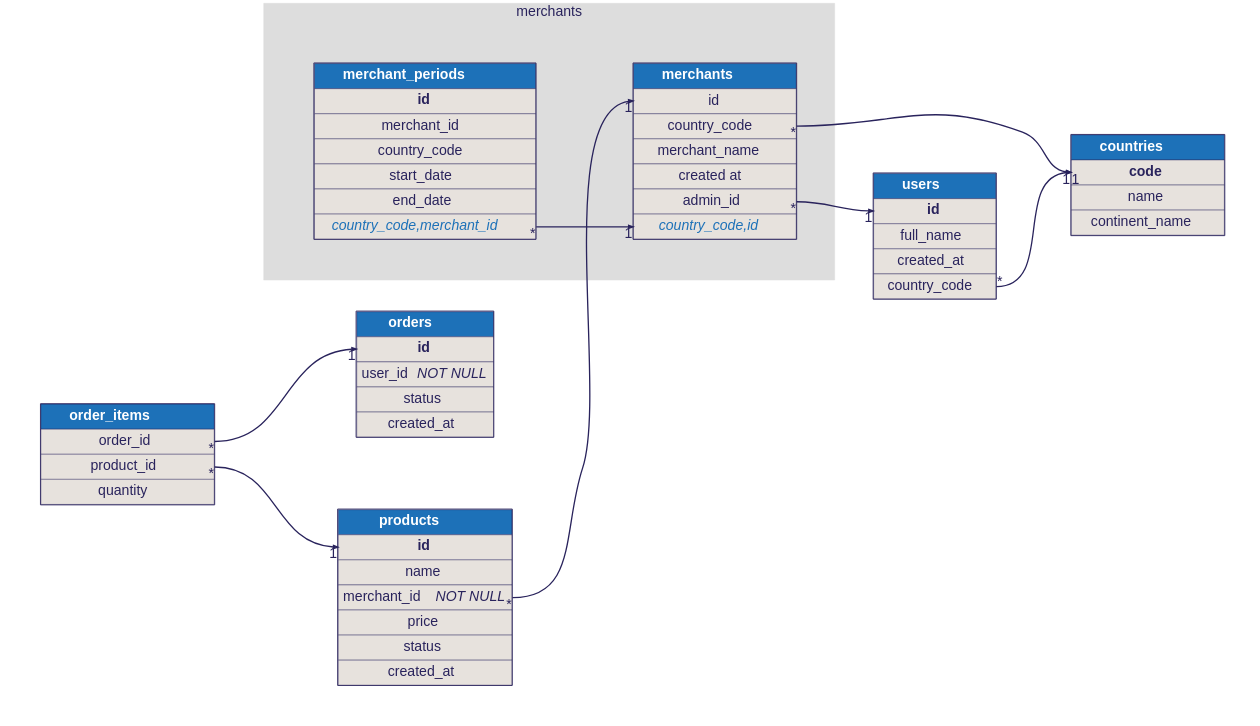
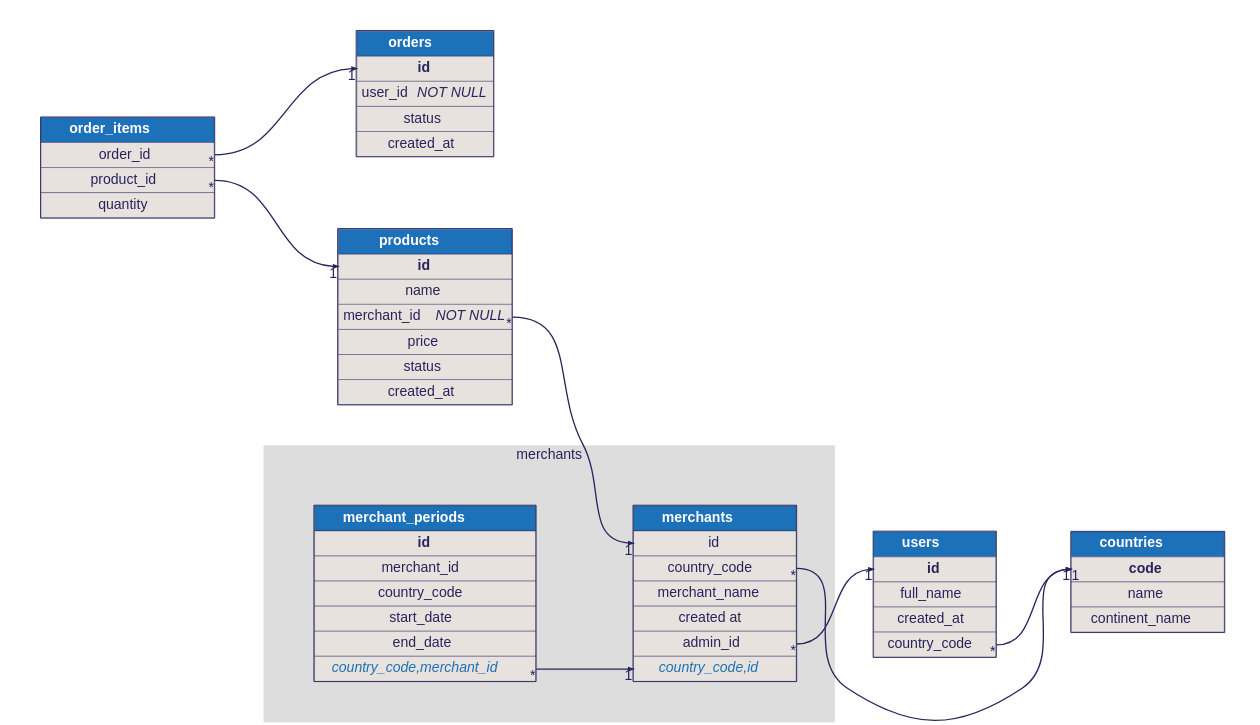
One commit to softwaretechnik-berlin/dbml-renderer changed the diagram in examples/merchants.dbml.dot. Above: the diagram before and after it, drawn with Graphviz. The commit also changed 13 other files, not shown here.

```diff
--- a/examples/merchants.dbml.dot
+++ b/examples/merchants.dbml.dot
@@ -1,89 +1,89 @@
 digraph dbml {
       rankdir=LR;
       graph [fontname="helvetica", fontsize=32, fontcolor="#29235c", bgcolor="transparent"];
       node [penwidth=0, margin=0, fontname="helvetica", fontsize=32, fontcolor="#29235c"];
       edge [fontname="helvetica", fontsize=32, fontcolor="#29235c", color="#29235c"];
 
       
       subgraph cluster_merchants {
       label = "merchants"
       style=filled;
       color="#dddddd";
 
       "merchants" [id=merchants;label=<<TABLE BORDER="2" COLOR="#29235c" CELLBORDER="1" CELLSPACING="0" CELLPADDING="10" >
       <TR><TD PORT="f0" WIDTH="150" BGCOLOR="#1d71b8"><font color="#ffffff"><B>       merchants       </B></font></TD></TR>
 <TR><TD PORT="f1" BGCOLOR="#e7e2dd">id</TD></TR>
 <TR><TD PORT="f2" BGCOLOR="#e7e2dd">country_code</TD></TR>
 <TR><TD PORT="f3" BGCOLOR="#e7e2dd">merchant_name</TD></TR>
 <TR><TD PORT="f4" BGCOLOR="#e7e2dd">created at</TD></TR>
 <TR><TD PORT="f5" BGCOLOR="#e7e2dd">admin_id</TD></TR>
 <TR><TD PORT="f6" BGCOLOR="#e7e2dd"><font color="#1d71b8"><i>country_code,id</i></font></TD></TR>
     </TABLE>>];
 "merchant_periods" [id=merchant_periods;label=<<TABLE BORDER="2" COLOR="#29235c" CELLBORDER="1" CELLSPACING="0" CELLPADDING="10" >
       <TR><TD PORT="f0" WIDTH="150" BGCOLOR="#1d71b8"><font color="#ffffff"><B>       merchant_periods       </B></font></TD></TR>
 <TR><TD PORT="f1" BGCOLOR="#e7e2dd"><b>id</b></TD></TR>
 <TR><TD PORT="f2" BGCOLOR="#e7e2dd">merchant_id</TD></TR>
 <TR><TD PORT="f3" BGCOLOR="#e7e2dd">country_code</TD></TR>
 <TR><TD PORT="f4" BGCOLOR="#e7e2dd">start_date</TD></TR>
 <TR><TD PORT="f5" BGCOLOR="#e7e2dd">end_date</TD></TR>
 <TR><TD PORT="f6" BGCOLOR="#e7e2dd"><font color="#1d71b8"><i>country_code,merchant_id</i></font></TD></TR>
     </TABLE>>];
     }
       "users" [id=users;label=<<TABLE BORDER="2" COLOR="#29235c" CELLBORDER="1" CELLSPACING="0" CELLPADDING="10" >
       <TR><TD PORT="f0" WIDTH="150" BGCOLOR="#1d71b8"><font color="#ffffff"><B>       users       </B></font></TD></TR>
 <TR><TD PORT="f1" BGCOLOR="#e7e2dd"><b>id</b></TD></TR>
 <TR><TD PORT="f2" BGCOLOR="#e7e2dd">full_name</TD></TR>
 <TR><TD PORT="f3" BGCOLOR="#e7e2dd">created_at</TD></TR>
 <TR><TD PORT="f4" BGCOLOR="#e7e2dd">country_code</TD></TR>
     </TABLE>>];
 "users" [id=users;label=<<TABLE BORDER="2" COLOR="#29235c" CELLBORDER="1" CELLSPACING="0" CELLPADDING="10" >
       <TR><TD PORT="f0" WIDTH="150" BGCOLOR="#1d71b8"><font color="#ffffff"><B>       users       </B></font></TD></TR>
 <TR><TD PORT="f1" BGCOLOR="#e7e2dd"><b>id</b></TD></TR>
 <TR><TD PORT="f2" BGCOLOR="#e7e2dd">full_name</TD></TR>
 <TR><TD PORT="f3" BGCOLOR="#e7e2dd">created_at</TD></TR>
 <TR><TD PORT="f4" BGCOLOR="#e7e2dd">country_code</TD></TR>
     </TABLE>>];
 "countries" [id=countries;label=<<TABLE BORDER="2" COLOR="#29235c" CELLBORDER="1" CELLSPACING="0" CELLPADDING="10" >
       <TR><TD PORT="f0" WIDTH="150" BGCOLOR="#1d71b8"><font color="#ffffff"><B>       countries       </B></font></TD></TR>
 <TR><TD PORT="f1" BGCOLOR="#e7e2dd"><b>code</b></TD></TR>
 <TR><TD PORT="f2" BGCOLOR="#e7e2dd">name</TD></TR>
 <TR><TD PORT="f3" BGCOLOR="#e7e2dd">continent_name</TD></TR>
     </TABLE>>];
 "order_items" [id=order_items;label=<<TABLE BORDER="2" COLOR="#29235c" CELLBORDER="1" CELLSPACING="0" CELLPADDING="10" >
       <TR><TD PORT="f0" WIDTH="150" BGCOLOR="#1d71b8"><font color="#ffffff"><B>       order_items       </B></font></TD></TR>
 <TR><TD PORT="f1" BGCOLOR="#e7e2dd">order_id</TD></TR>
 <TR><TD PORT="f2" BGCOLOR="#e7e2dd">product_id</TD></TR>
 <TR><TD PORT="f3" BGCOLOR="#e7e2dd">quantity</TD></TR>
     </TABLE>>];
 "orders" [id=orders;label=<<TABLE BORDER="2" COLOR="#29235c" CELLBORDER="1" CELLSPACING="0" CELLPADDING="10" >
       <TR><TD PORT="f0" WIDTH="150" BGCOLOR="#1d71b8"><font color="#ffffff"><B>       orders       </B></font></TD></TR>
 <TR><TD PORT="f1" BGCOLOR="#e7e2dd"><b>id</b></TD></TR>
 <TR><TD PORT="f2" BGCOLOR="#e7e2dd">user_id <i>NOT NULL</i></TD></TR>
 <TR><TD PORT="f3" BGCOLOR="#e7e2dd">status</TD></TR>
 <TR><TD PORT="f4" BGCOLOR="#e7e2dd">created_at</TD></TR>
     </TABLE>>];
 "products" [id=products;label=<<TABLE BORDER="2" COLOR="#29235c" CELLBORDER="1" CELLSPACING="0" CELLPADDING="10" >
       <TR><TD PORT="f0" WIDTH="150" BGCOLOR="#1d71b8"><font color="#ffffff"><B>       products       </B></font></TD></TR>
 <TR><TD PORT="f1" BGCOLOR="#e7e2dd"><b>id</b></TD></TR>
 <TR><TD PORT="f2" BGCOLOR="#e7e2dd">name</TD></TR>
 <TR><TD PORT="f3" BGCOLOR="#e7e2dd">merchant_id <i>NOT NULL</i></TD></TR>
 <TR><TD PORT="f4" BGCOLOR="#e7e2dd">price</TD></TR>
 <TR><TD PORT="f5" BGCOLOR="#e7e2dd">status</TD></TR>
 <TR><TD PORT="f6" BGCOLOR="#e7e2dd">created_at</TD></TR>
     </TABLE>>];
     
-      users:0 -> countries:0 [style=invis, weight=100, color=red]
+      users:f0 -> countries:f0 [style=invis, weight=100, color=red]
     users:f4:e -> countries:f1:w [penwidth=3, color="#29235c", headlabel="1", taillabel="*", arrowhead="normal", arrowtail="none"]
-merchants:0 -> countries:0 [style=invis, weight=100, color=red]
+merchants:f0 -> countries:f0 [style=invis, weight=100, color=red]
     merchants:f2:e -> countries:f1:w [penwidth=3, color="#29235c", headlabel="1", taillabel="*", arrowhead="normal", arrowtail="none"]
-order_items:0 -> products:0 [style=invis, weight=100, color=red]
+order_items:f0 -> products:f0 [style=invis, weight=100, color=red]
     order_items:f2:e -> products:f1:w [penwidth=3, color="#29235c", headlabel="1", taillabel="*", arrowhead="normal", arrowtail="none"]
-products:0 -> merchants:0 [style=invis, weight=100, color=red]
+products:f0 -> merchants:f0 [style=invis, weight=100, color=red]
     products:f3:e -> merchants:f1:w [penwidth=3, color="#29235c", headlabel="1", taillabel="*", arrowhead="normal", arrowtail="none"]
-merchant_periods:0 -> merchants:0 [style=invis, weight=100, color=red]
+merchant_periods:f0 -> merchants:f0 [style=invis, weight=100, color=red]
     merchant_periods:f6:e -> merchants:f6:w [penwidth=3, color="#29235c", headlabel="1", taillabel="*", arrowhead="normal", arrowtail="none"]
-order_items:0 -> orders:0 [style=invis, weight=100, color=red]
+order_items:f0 -> orders:f0 [style=invis, weight=100, color=red]
     order_items:f1:e -> orders:f1:w [penwidth=3, color="#29235c", headlabel="1", taillabel="*", arrowhead="normal", arrowtail="none"]
-merchants:0 -> users:0 [style=invis, weight=100, color=red]
+merchants:f0 -> users:f0 [style=invis, weight=100, color=red]
     merchants:f5:e -> users:f1:w [penwidth=3, color="#29235c", headlabel="1", taillabel="*", arrowhead="normal", arrowtail="none"]
     }
```
